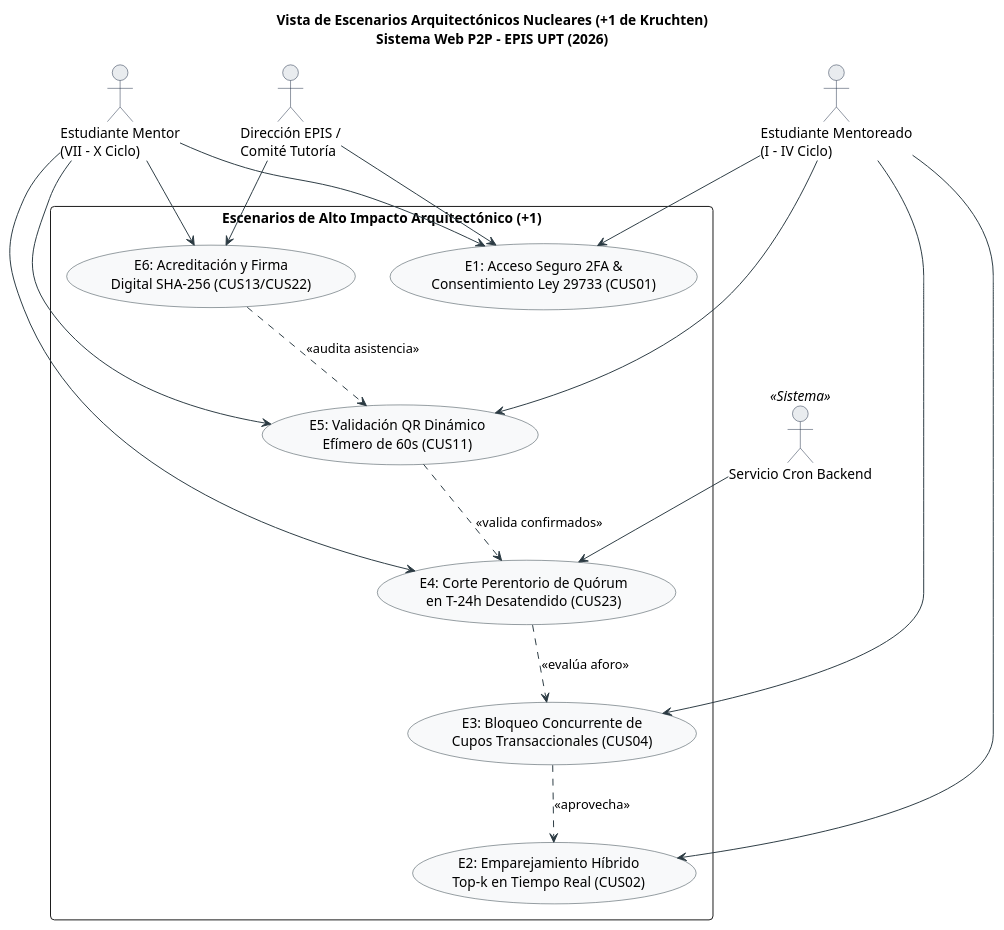
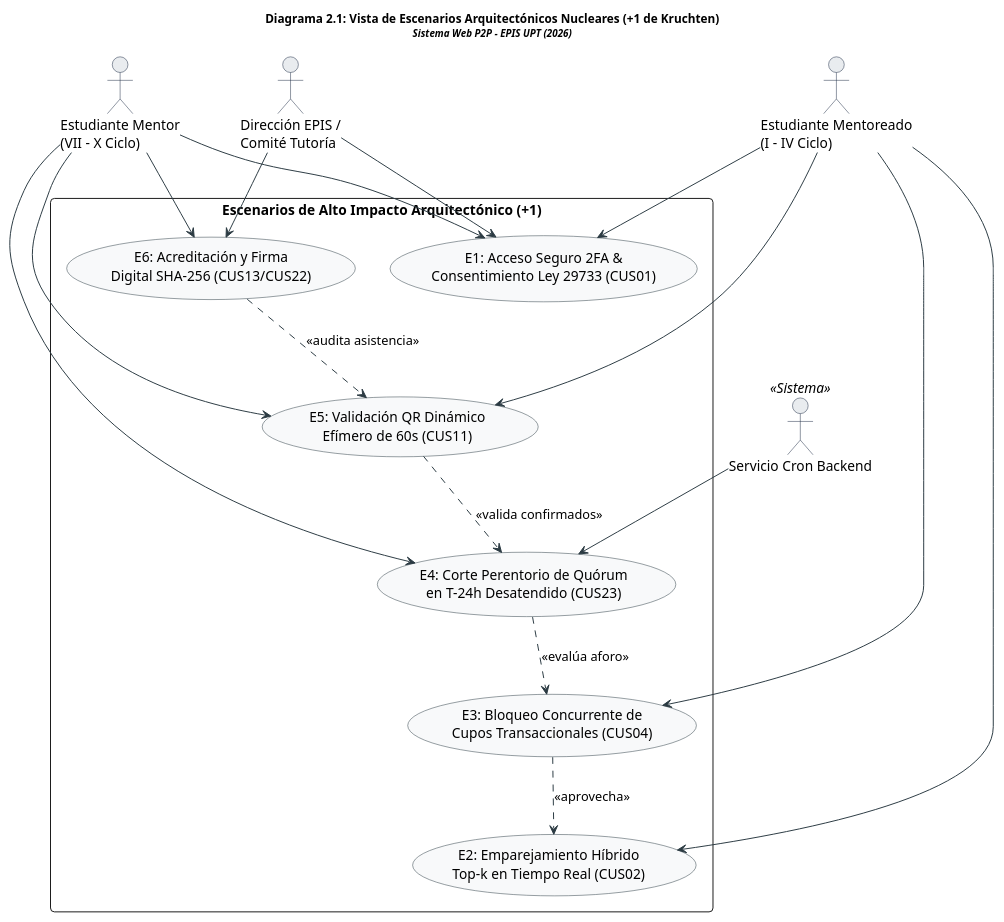
Before and after one commit to JMedina255/sistema_web_p2p: the first of 12 diagrams in docs/FD04-EPIS-Informe SAD de Proyecto.md, drawn with PlantUML. The commit also changed other lines of this file and 3 other files, not shown here.

Commit message:
docs: refactorizar diagramas_de_secuencia.md con estandar formal SAD de analisis ECB y titulos explictos en PlantUML

````diff
--- a/docs/FD04-EPIS-Informe SAD de Proyecto.md
+++ b/docs/FD04-EPIS-Informe SAD de Proyecto.md
@@ -198,53 +198,53 @@
 ```plantuml
 @startuml
-title Vista de Escenarios Arquitectónicos Nucleares (+1 de Kruchten)\nSistema Web P2P - EPIS UPT (2026)
+title <size:12><b>Diagrama 2.1: Vista de Escenarios Arquitectónicos Nucleares (+1 de Kruchten)</b></size>\n<size:10><i>Sistema Web P2P - EPIS UPT (2026)</i></size>
 
 skinparam shadowing false
 skinparam roundcorner 8
 skinparam defaultFontName Arial
 skinparam fontSize 10
 
 skinparam usecase {
     BackgroundColor #F8F9FA
     BorderColor #2B3A42
     ArrowColor #2B3A42
 }
 
 skinparam actor {
     BackgroundColor #E9ECEF
     BorderColor #1D2D44
 }
 
 actor "Estudiante Mentoreado\n(I - IV Ciclo)" as Alumno
 actor "Estudiante Mentor\n(VII - X Ciclo)" as Mentor
 actor "Dirección EPIS /\nComité Tutoría" as Admin
 actor "Servicio Cron Backend" as Cron <<Sistema>>
 
 rectangle "Escenarios de Alto Impacto Arquitectónico (+1)" {
     usecase "E1: Acceso Seguro 2FA &\nConsentimiento Ley 29733 (CUS01)" as E1
     usecase "E2: Emparejamiento Híbrido\nTop-k en Tiempo Real (CUS02)" as E2
     usecase "E3: Bloqueo Concurrente de\nCupos Transaccionales (CUS04)" as E3
     usecase "E4: Corte Perentorio de Quórum\nen T-24h Desatendido (CUS23)" as E4
     usecase "E5: Validación QR Dinámico\nEfímero de 60s (CUS11)" as E5
     usecase "E6: Acreditación y Firma\nDigital SHA-256 (CUS13/CUS22)" as E6
 }
 
 Alumno --> E1
 Mentor --> E1
 Admin --> E1
 
 Alumno --> E2
 Alumno --> E3
 Cron --> E4
 Mentor --> E4
 Alumno --> E5
 Mentor --> E5
 Admin --> E6
 Mentor --> E6
 
 E3 ..> E2 : <<aprovecha>>
 E4 ..> E3 : <<evalúa aforo>>
 E5 ..> E4 : <<valida confirmados>>
 E6 ..> E5 : <<audita asistencia>>
 @enduml
 ```
````
